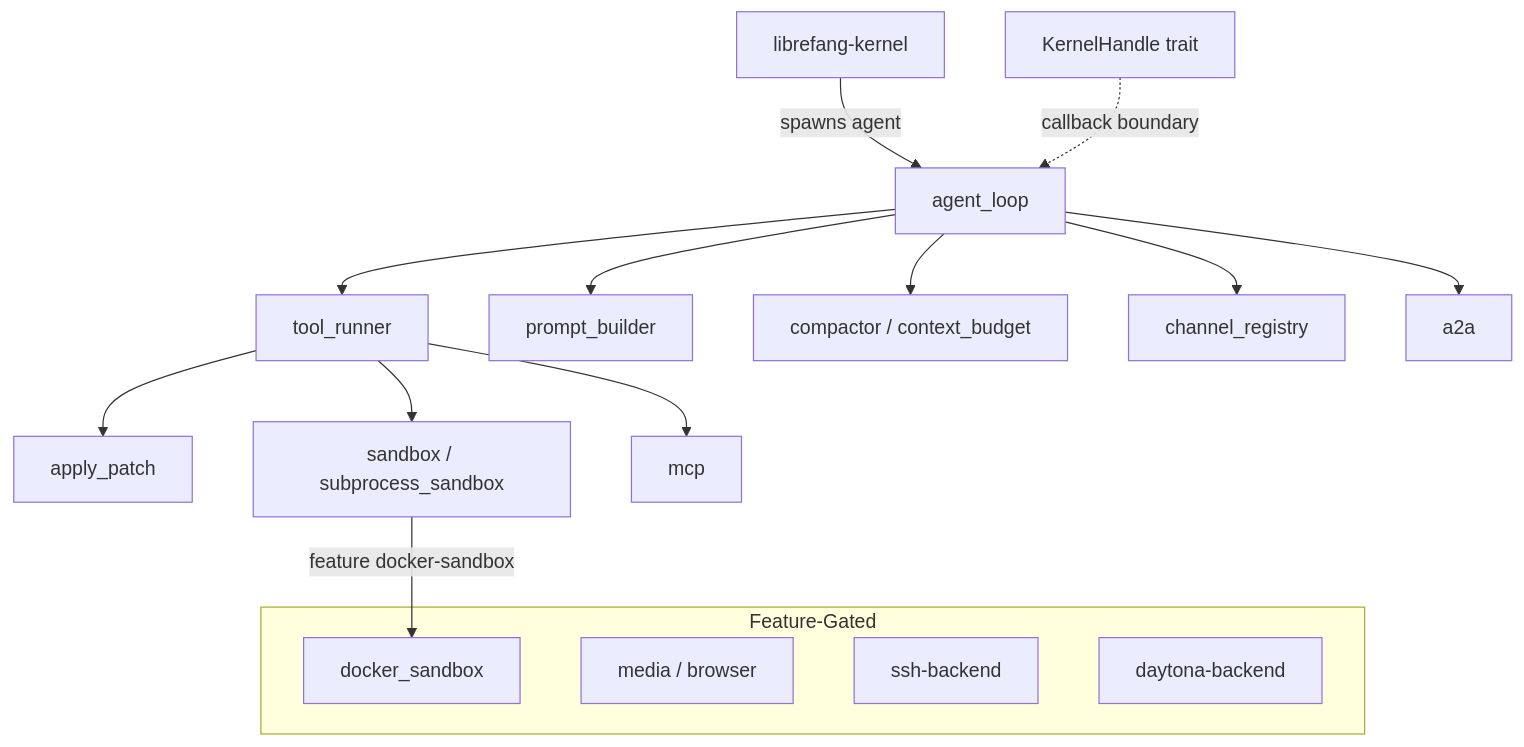
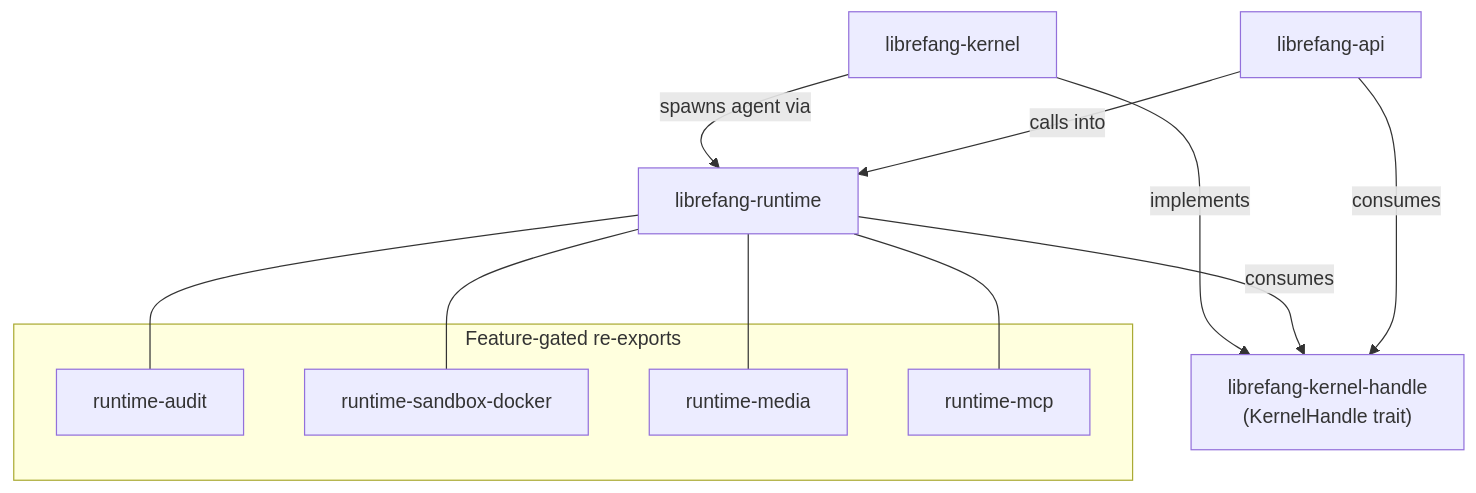
One commit to leszek3737/librefang-WIki changed the diagram in other-librefang-runtime.md. Above: the diagram before and after it, drawn with Mermaid. The commit also changed other lines of this file and 122 other files, not shown here.

````diff
--- a/other-librefang-runtime.md
+++ b/other-librefang-runtime.md
@@ -9,20 +9,26 @@
 ```mermaid
 graph TD
-    Kernel["librefang-kernel"] -->|"spawns agent"| AL["agent_loop"]
-    KH["KernelHandle trait"] -.->|"callback boundary"| AL
-    AL --> TL["tool_runner"]
-    AL --> PB["prompt_builder"]
-    AL --> CC["compactor / context_budget"]
-    TL --> AP["apply_patch"]
-    TL --> SB["sandbox / subprocess_sandbox"]
-    TL --> MCP["mcp"]
-    AL --> CR["channel_registry"]
-    AL --> A2A["a2a"]
-    subgraph Feature-Gated
-        DOCK["docker_sandbox"]
-        MED["media / browser"]
-        SSH["ssh-backend"]
-        DAY["daytona-backend"]
+    KH["librefang-kernel"]
+    KHA["librefang-kernel-handle<br/>(KernelHandle trait)"]
+    API["librefang-api"]
+    RT["librefang-runtime"]
+
+    KH -->|implements| KHA
+    RT -->|consumes| KHA
+    API -->|consumes| KHA
+
+    KH -->|spawns agent via| RT
+    API -->|calls into| RT
+
+    subgraph "Feature-gated re-exports"
+        AUD["runtime-audit"]
+        MDA["runtime-sandbox-docker"]
+        MED["runtime-media"]
+        MCP["runtime-mcp"]
     end
-    SB -->|"feature docker-sandbox"| DOCK
+
+    RT --- AUD
+    RT --- MDA
+    RT --- MED
+    RT --- MCP
 ```
````
